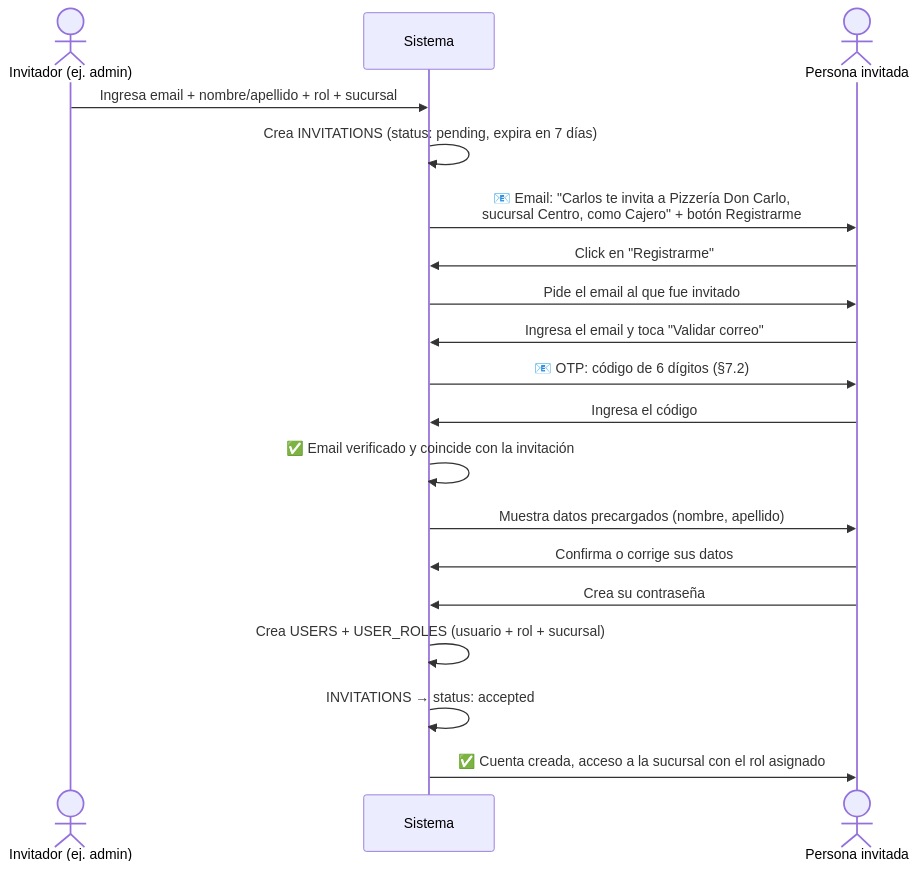
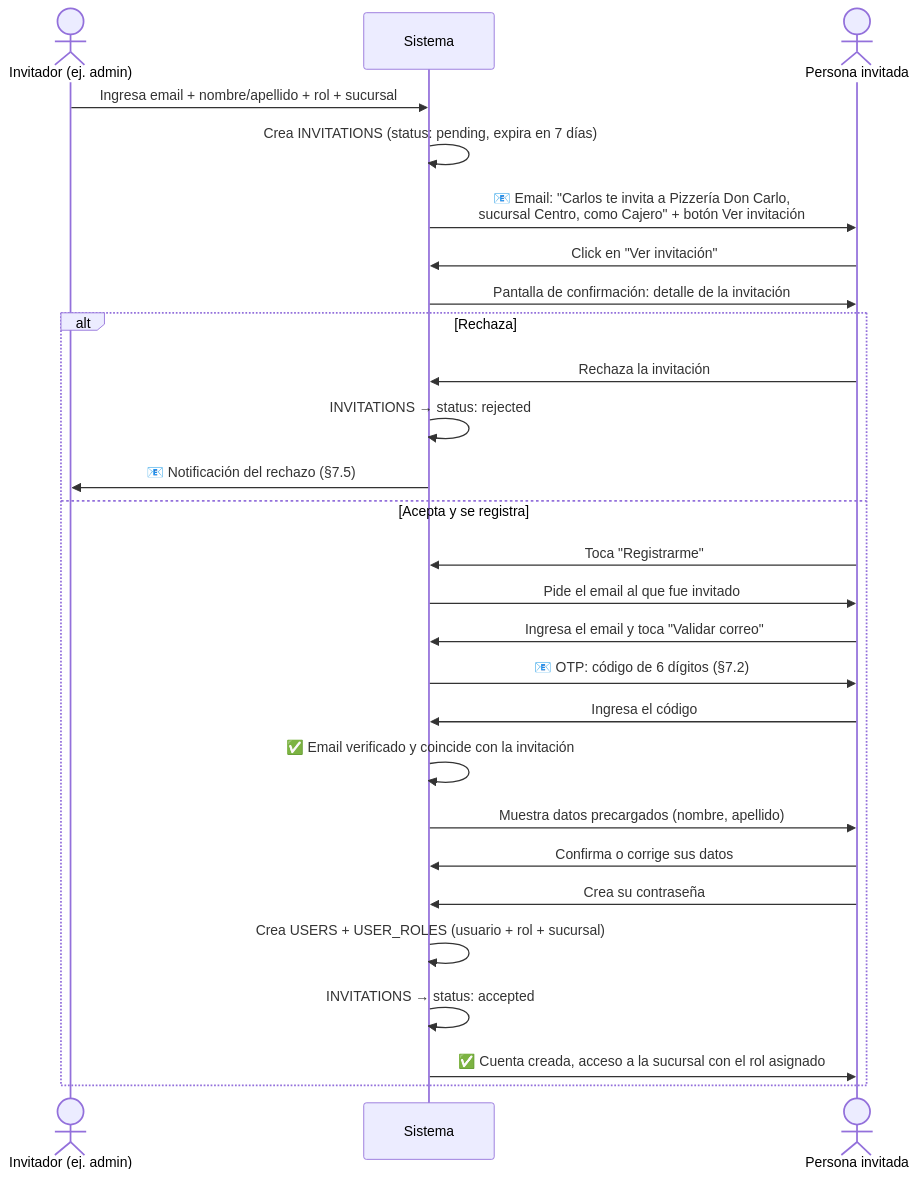
Before and after one commit to Franco98404/database-guidelines: the ninth of 13 diagrams in database-guidelines.md, drawn with Mermaid. The commit also changed other lines of this file, not shown here.

First line of the commit message:
Versión 1.4.0: resolución del email en el registro e invitaciones rechazables

````diff
--- a/database-guidelines.md
+++ b/database-guidelines.md
@@ -454,21 +499,29 @@
 ```mermaid
 sequenceDiagram
     actor I as Invitador (ej. admin)
     participant S as Sistema
     actor N as Persona invitada
     I->>S: Ingresa email + nombre/apellido + rol + sucursal
     S->>S: Crea INVITATIONS (status: pending, expira en 7 días)
-    S->>N: 📧 Email: "Carlos te invita a Pizzería Don Carlo,<br/>sucursal Centro, como Cajero" + botón Registrarme
-    N->>S: Click en "Registrarme"
-    S->>N: Pide el email al que fue invitado
-    N->>S: Ingresa el email y toca "Validar correo"
-    S->>N: 📧 OTP: código de 6 dígitos (§7.2)
-    N->>S: Ingresa el código
-    S->>S: ✅ Email verificado y coincide con la invitación
-    S->>N: Muestra datos precargados (nombre, apellido)
-    N->>S: Confirma o corrige sus datos
-    N->>S: Crea su contraseña
-    S->>S: Crea USERS + USER_ROLES (usuario + rol + sucursal)
-    S->>S: INVITATIONS → status: accepted
-    S->>N: ✅ Cuenta creada, acceso a la sucursal con el rol asignado
+    S->>N: 📧 Email: "Carlos te invita a Pizzería Don Carlo,<br/>sucursal Centro, como Cajero" + botón Ver invitación
+    N->>S: Click en "Ver invitación"
+    S->>N: Pantalla de confirmación: detalle de la invitación
+    alt Rechaza
+        N->>S: Rechaza la invitación
+        S->>S: INVITATIONS → status: rejected
+        S->>I: 📧 Notificación del rechazo (§7.5)
+    else Acepta y se registra
+        N->>S: Toca "Registrarme"
+        S->>N: Pide el email al que fue invitado
+        N->>S: Ingresa el email y toca "Validar correo"
+        S->>N: 📧 OTP: código de 6 dígitos (§7.2)
+        N->>S: Ingresa el código
+        S->>S: ✅ Email verificado y coincide con la invitación
+        S->>N: Muestra datos precargados (nombre, apellido)
+        N->>S: Confirma o corrige sus datos
+        N->>S: Crea su contraseña
+        S->>S: Crea USERS + USER_ROLES (usuario + rol + sucursal)
+        S->>S: INVITATIONS → status: accepted
+        S->>N: ✅ Cuenta creada, acceso a la sucursal con el rol asignado
+    end
 ```
````
